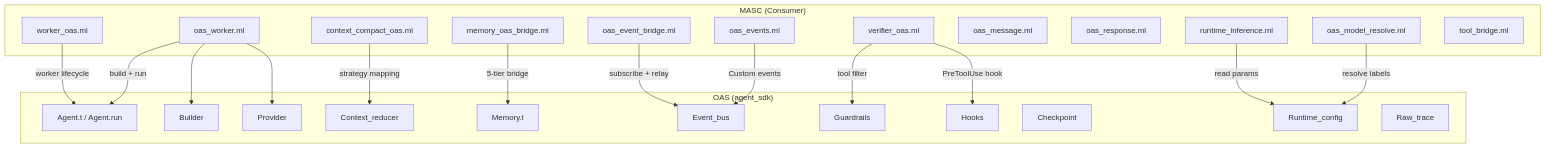
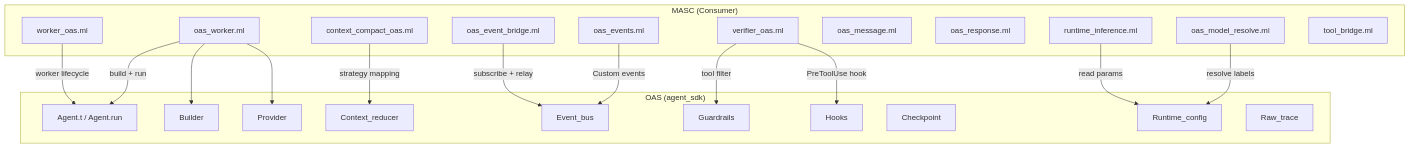
The diagram in docs/spec/13-oas-integration.md (jeong-sik/masc), drawn with Mermaid before and after one commit. The commit also changed other lines of this file and 150 other files, not shown here.

Commit message:
Remove OAS memory projection and tool gate surfaces (#20134)

````diff
--- a/docs/spec/13-oas-integration.md
+++ b/docs/spec/13-oas-integration.md
@@ -52,42 +51,39 @@
 ```mermaid
 graph TB
   subgraph "MASC (Consumer)"
     OW[oas_worker.ml]
     WO[worker_oas.ml]
     VO[verifier_oas.ml]
     CC[context_compact_oas.ml]
-    MOB[memory_oas_bridge.ml]
     OE[oas_events.ml]
     OSB[oas_event_bridge.ml]
     OM[oas_message.ml]
     OR[oas_response.ml]
     OMR[oas_model_resolve.ml]
     CI[runtime_inference.ml]
     TB[tool_bridge.ml]
   end
   subgraph "OAS (agent_sdk)"
     AG[Agent.t / Agent.run]
     BU[Builder]
     PR[Provider]
     CR[Context_reducer]
-    MB[Memory.t]
     EB[Event_bus]
     GR[Guardrails]
     HK[Hooks]
     CK[Checkpoint]
     CC2[Runtime_config]
     RT[Raw_trace]
   end
   OW -->|"build + run"| AG
   OW --> BU
   OW --> PR
   WO -->|"worker lifecycle"| AG
   VO -->|"PreToolUse hook"| HK
   VO -->|"tool filter"| GR
   CC -->|"strategy mapping"| CR
-  MOB -->|"5-tier bridge"| MB
   OE -->|"Custom events"| EB
   OSB -->|"subscribe + relay"| EB
   OMR -->|"resolve labels"| CC2
   CI -->|"read params"| CC2
 ```
````
